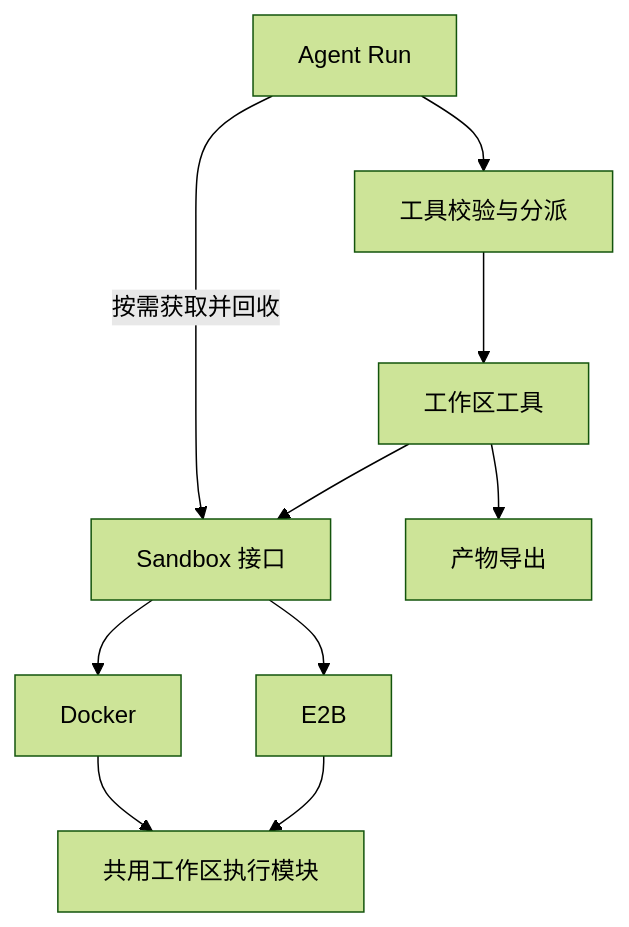
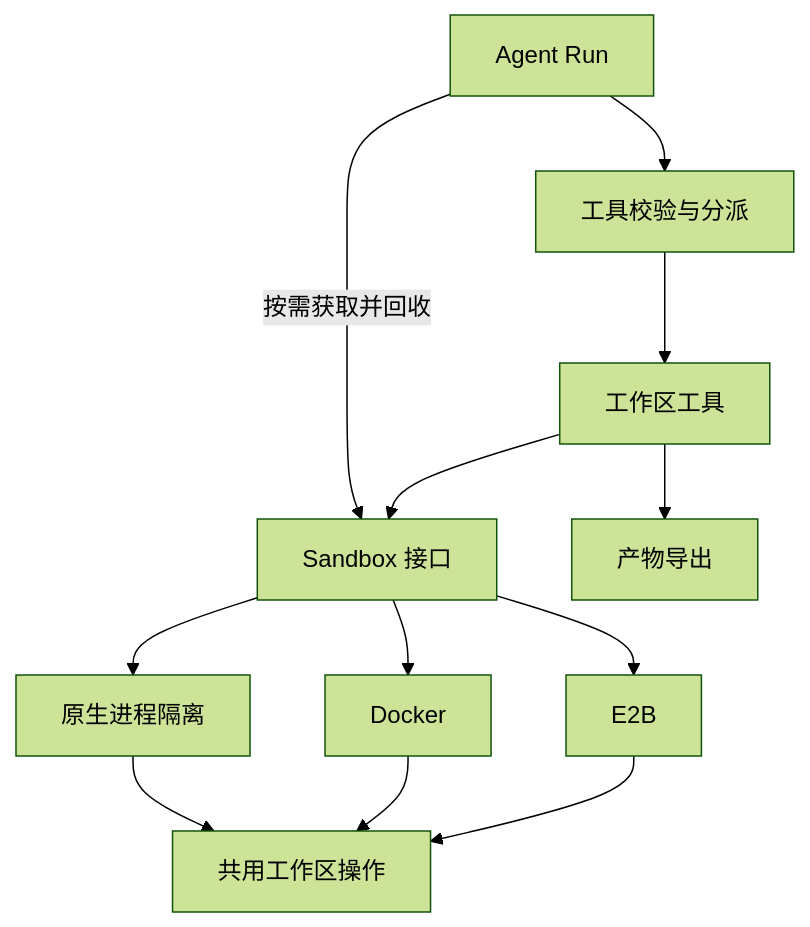
Before and after one commit to xubaodian/let-the-agent-cook: the diagram in docs/workspace-tools.md, drawn with Mermaid (forest theme). The commit also changed other lines of this file and 39 other files, not shown here.

````diff
--- a/docs/workspace-tools.md
+++ b/docs/workspace-tools.md
@@ -5,12 +5,14 @@
 ```mermaid
 flowchart TD
     R["Agent Run"] --> T["工具校验与分派"]
     R -->|"按需获取并回收"| S["Sandbox 接口"]
     T --> H["工作区工具"]
     H --> S
+    S --> N["原生进程隔离"]
     S --> D["Docker"]
     S --> E["E2B"]
-    D --> W["共用工作区执行模块"]
+    N --> W["共用工作区操作"]
+    D --> W
     E --> W
     H --> A["产物导出"]
 ```
````
